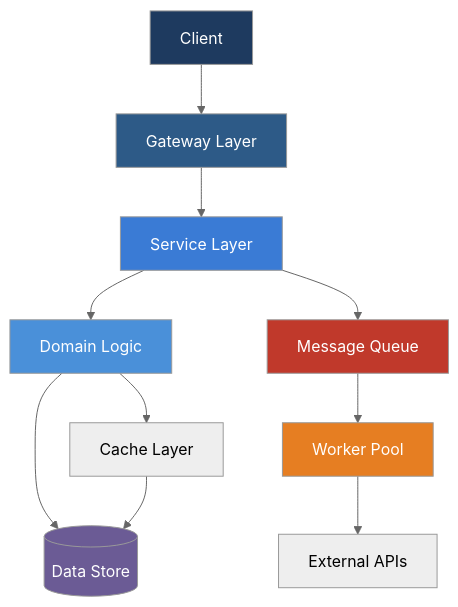
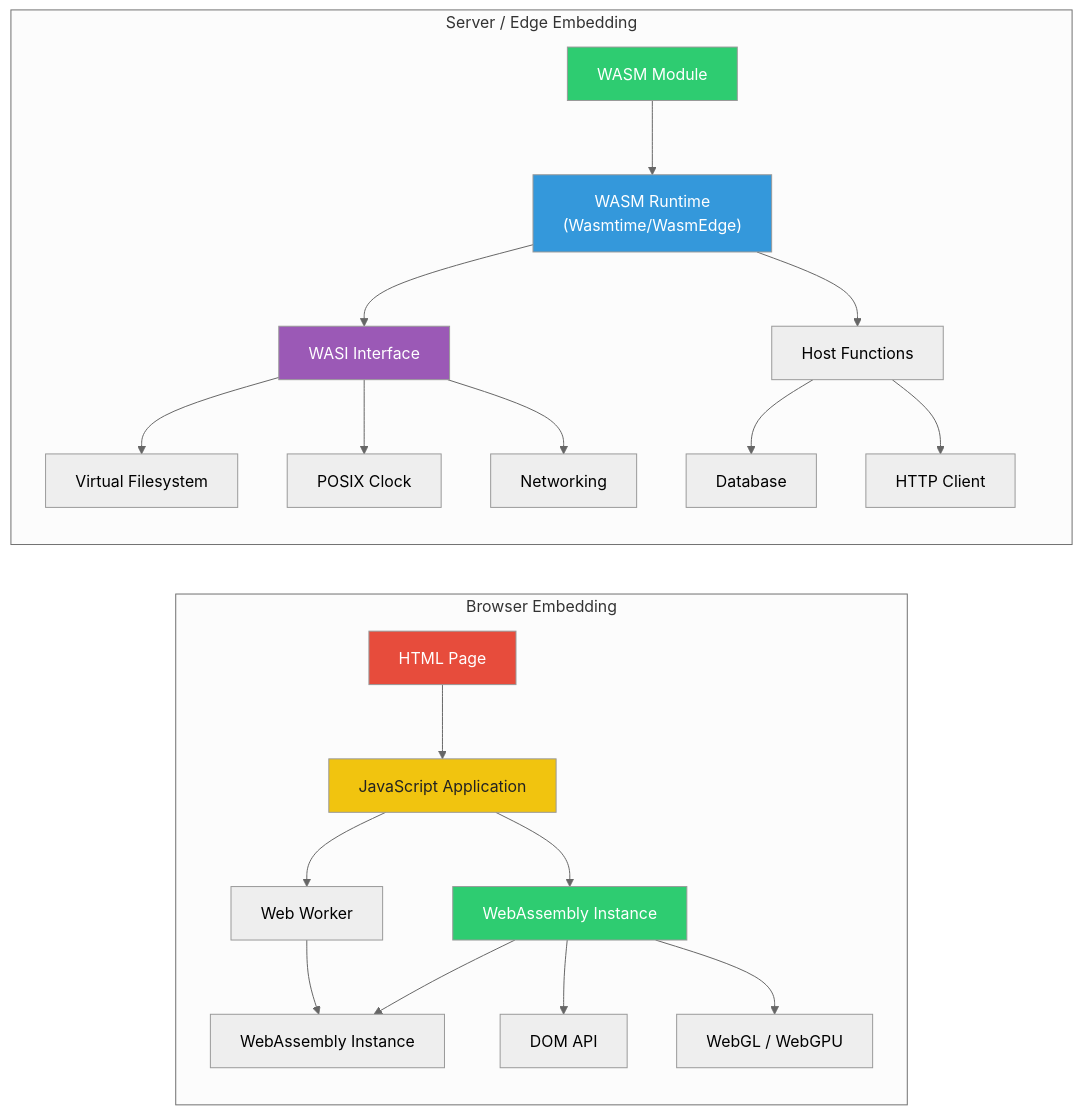
The second of 4 diagrams in src/content/blog/webassembly-in-2026-from-browser-to-edge-computing-and-beyond.md (govindtank/govindtank.github.io), drawn with Mermaid (neutral theme) before and after one commit. The commit also changed other lines of this file and 21 other files, not shown here.

````diff
--- a/src/content/blog/webassembly-in-2026-from-browser-to-edge-computing-and-beyond.md
+++ b/src/content/blog/webassembly-in-2026-from-browser-to-edge-computing-and-beyond.md
@@ -28,19 +152,31 @@
 ```mermaid
-graph TD
-  C[Client] --> G[Gateway Layer]
-  G --> S[Service Layer]
-  S --> D[Domain Logic]
-  D --> A[(Data Store)]
-  S --> Q[Message Queue]
-  Q --> W[Worker Pool]
-  W --> E[External APIs]
-  D --> R[Cache Layer]
-  R --> A
-  style C fill:#1e3a5f,color:#fff
-  style G fill:#2d5a87,color:#fff
-  style S fill:#3a7bd5,color:#fff
-  style D fill:#4a90d9,color:#fff
-  style A fill:#6b5b95,color:#fff
-  style Q fill:#c0392b,color:#fff
-  style W fill:#e67e22,color:#fff
+graph LR
+    subgraph "Browser Embedding"
+        HTML["HTML Page"] --> JS_APP["JavaScript Application"]
+        JS_APP --> WASM_INST["WebAssembly Instance"]
+        JS_APP --> WEBWORKER["Web Worker"]
+        WEBWORKER --> WASM_INST2["WebAssembly Instance"]
+        WASM_INST --> DOM["DOM API"]
+        WASM_INST --> WEBGL["WebGL / WebGPU"]
+        WASM_INST --> WASM_INST2
+    end
+
+    subgraph "Server / Edge Embedding"
+        RUNTIME["WASM Runtime<br/>(Wasmtime/WasmEdge)"]
+        RUNTIME --> WASI["WASI Interface"]
+        RUNTIME --> HOST_FN["Host Functions"]
+        WASI --> FS["Virtual Filesystem"]
+        WASI --> CLOCK["POSIX Clock"]
+        WASI --> NET["Networking"]
+        WASM_MOD["WASM Module"] --> RUNTIME
+        HOST_FN --> DB["Database"]
+        HOST_FN --> HTTP["HTTP Client"]
+    end
+
+    style HTML fill:#e74c3c,color:#fff
+    style JS_APP fill:#f1c40f,color:#222
+    style WASM_INST fill:#2ecc71,color:#fff
+    style RUNTIME fill:#3498db,color:#fff
+    style WASI fill:#9b59b6,color:#fff
+    style WASM_MOD fill:#2ecc71,color:#fff
 ```
````
